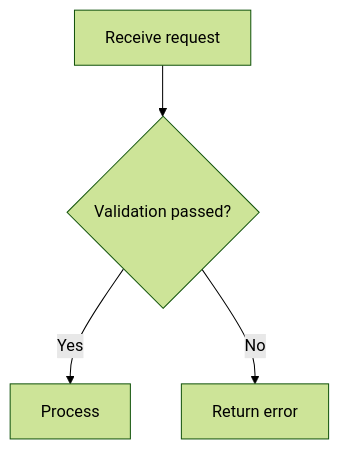
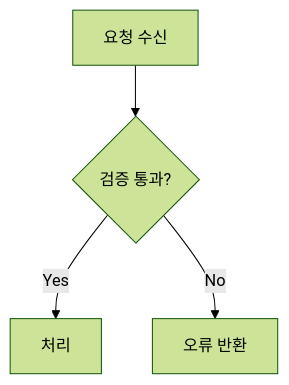
The second of 4 diagrams in Vaults/BasicVaults/BasicContentsVault/.sync/_Standards/Core/Plugins/MERMAID_JUGGL_SYNTAX.md (warqun/AIMindVaults-EN), drawn with Mermaid (forest theme) before and after one commit. The commit also changed other lines of this file and 447 other files, not shown here.

````diff
--- a/Vaults/BasicVaults/BasicContentsVault/.sync/_Standards/Core/Plugins/MERMAID_JUGGL_SYNTAX.md
+++ b/Vaults/BasicVaults/BasicContentsVault/.sync/_Standards/Core/Plugins/MERMAID_JUGGL_SYNTAX.md
@@ -26,6 +27,6 @@
 ```mermaid
 flowchart TD
-  A[Receive request] --> B{Validation passed?}
-  B -->|Yes| C[Process]
-  B -->|No| D[Return error]
+  A[요청 수신] --> B{검증 통과?}
+  B -->|Yes| C[처리]
+  B -->|No| D[오류 반환]
 ```
````
